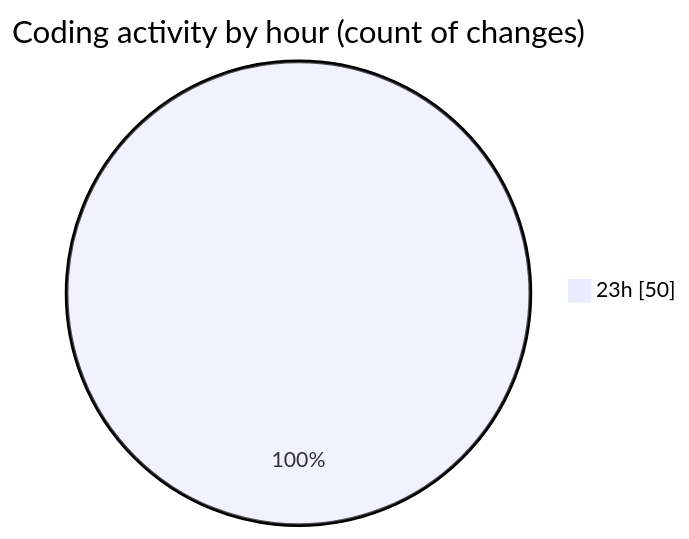
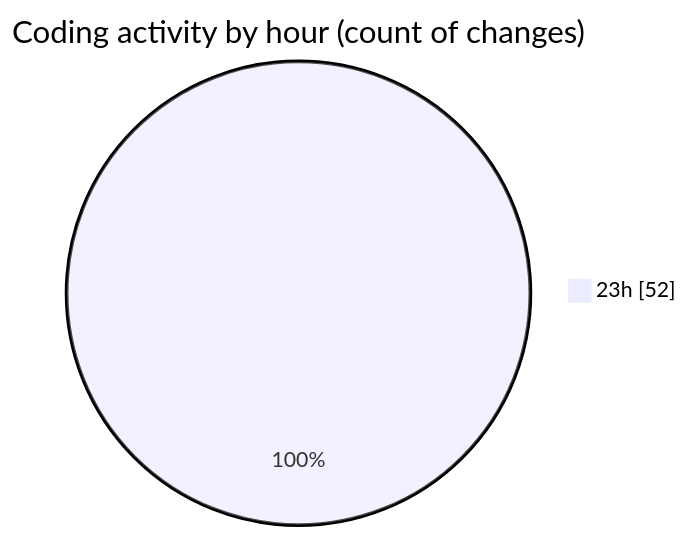
The second of 2 diagrams in 2026-05-23/java-avanc-e-et-uml/README.md (hasnaa123/code-tracking), drawn with Mermaid before and after one commit. The commit also changed other lines of this file and 1 other file, not shown here.

````diff
--- a/2026-05-23/java-avanc-e-et-uml/README.md
+++ b/2026-05-23/java-avanc-e-et-uml/README.md
@@ -32,5 +32,5 @@
 ```mermaid
 pie showData
 title Coding activity by hour (count of changes)
-"23h" : 50
+"23h" : 52
 ```
````
